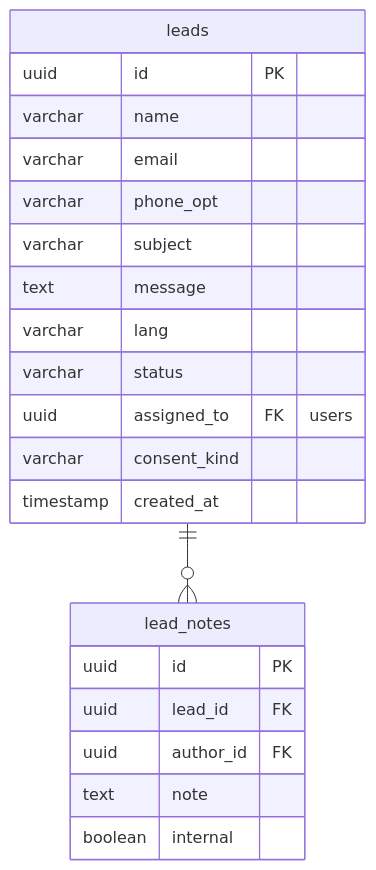
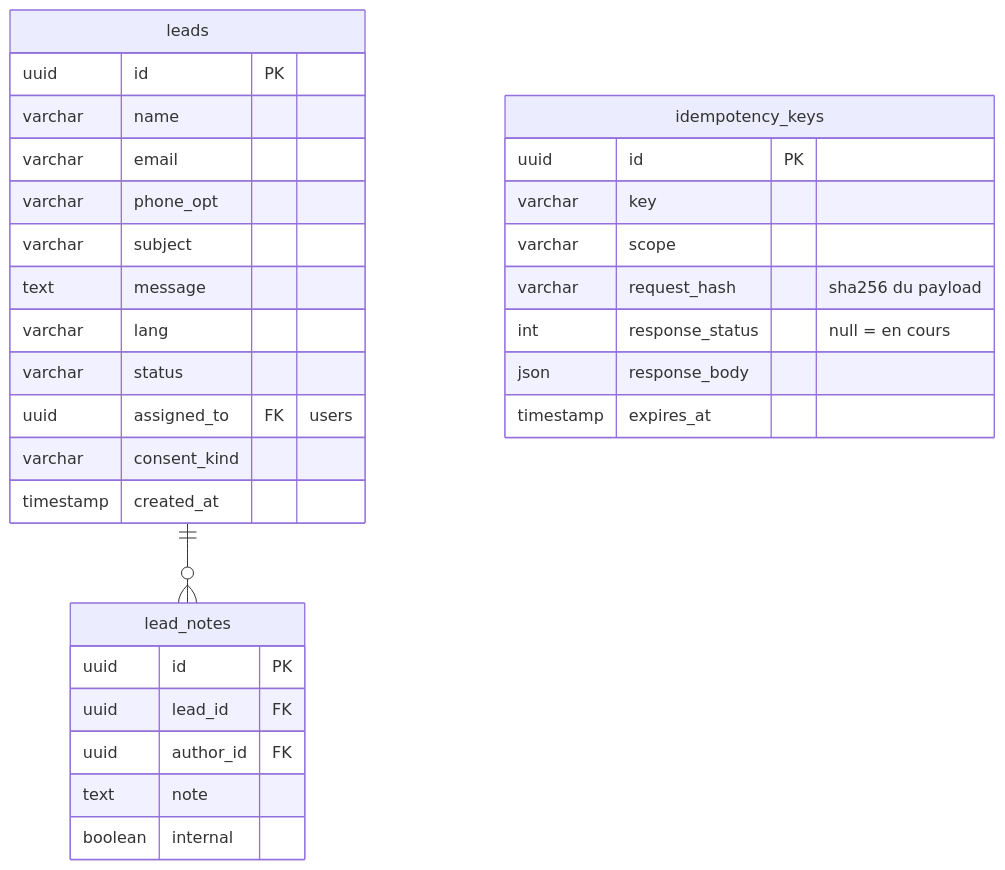
The fifth of 9 diagrams in Analyse/modelisation/docs/06-donnees.md (DonArhouna/Exauce), drawn with Mermaid before and after one commit. The commit also changed other lines of this file, not shown here.

First line of the commit message:
docs(analyse): amendement M3 du dictionnaire 06 - invitations, login_attempts, idempotency_keys

````diff
--- a/Analyse/modelisation/docs/06-donnees.md
+++ b/Analyse/modelisation/docs/06-donnees.md
@@ -270,24 +288,33 @@
 ```mermaid
 erDiagram
   leads {
     uuid id PK
     varchar name
     varchar email
     varchar phone_opt
     varchar subject
     text message
     varchar lang
     varchar status
     uuid assigned_to FK "users"
     varchar consent_kind
     timestamp created_at
   }
   lead_notes {
     uuid id PK
     uuid lead_id FK
     uuid author_id FK
     text note
     boolean internal
   }
+  idempotency_keys {
+    uuid id PK
+    varchar key
+    varchar scope
+    varchar request_hash "sha256 du payload"
+    int response_status "null = en cours"
+    json response_body
+    timestamp expires_at
+  }
   leads ||--o{ lead_notes : ""
 ```
````
